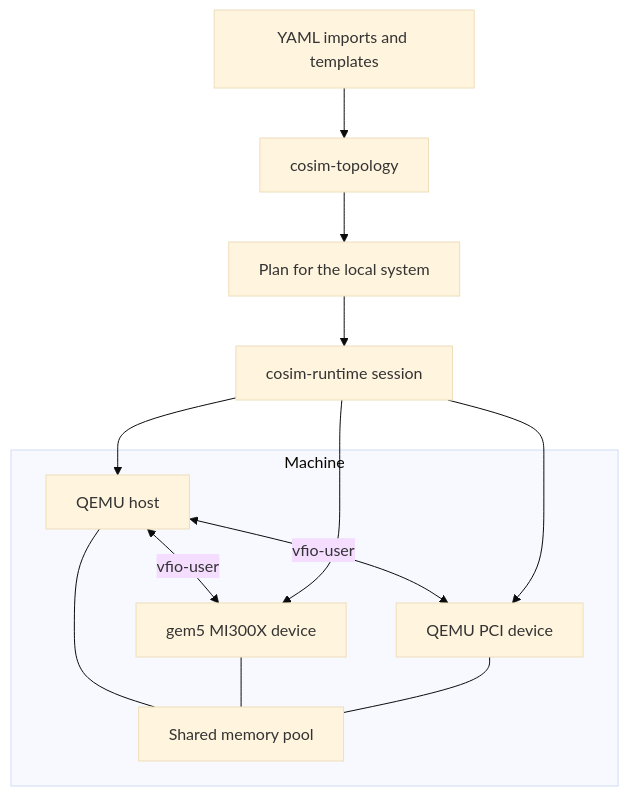
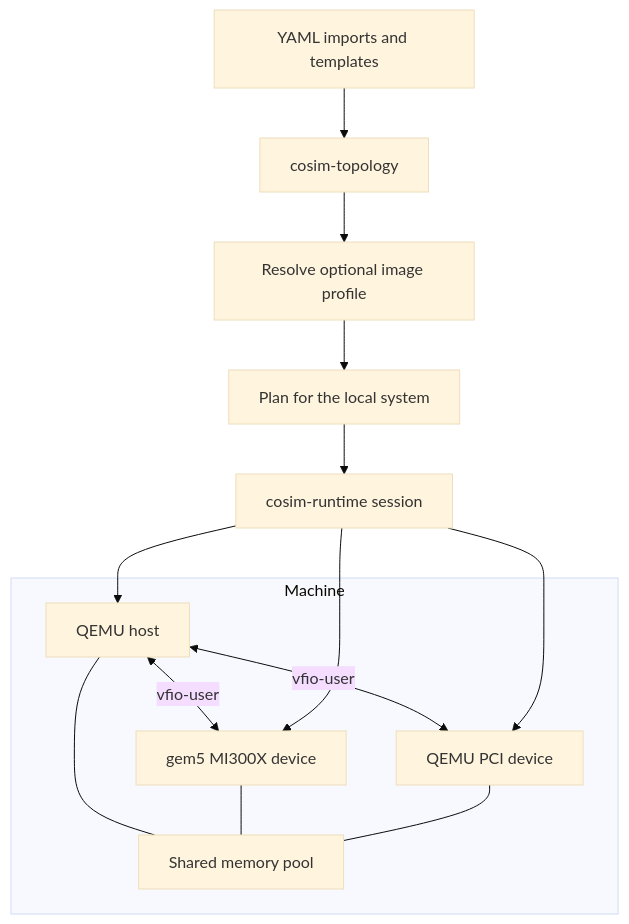
One commit to chengchen512/cosim-gpu changed the first of 3 diagrams in docs/en/architecture.md. Above: the diagram before and after it, drawn with Mermaid (base theme). The commit also changed other lines of this file and 98 other files, not shown here.

````diff
--- a/docs/en/architecture.md
+++ b/docs/en/architecture.md
@@ -14,20 +14,21 @@
 ```mermaid
 flowchart TD
     Y[YAML imports and templates] --> T[cosim-topology]
-    T --> P[Plan for the local system]
+    T --> I[Resolve optional image profile]
+    I --> P[Plan for the local system]
     P --> R[cosim-runtime session]
     subgraph M[Machine]
         H[QEMU host]
         G[gem5 MI300X device]
         Q[QEMU PCI device]
         F[Shared memory pool]
         H <-->|vfio-user| G
         H <-->|vfio-user| Q
         H --- F
         G --- F
         Q --- F
     end
     R --> H
     R --> G
     R --> Q
 ```
````
